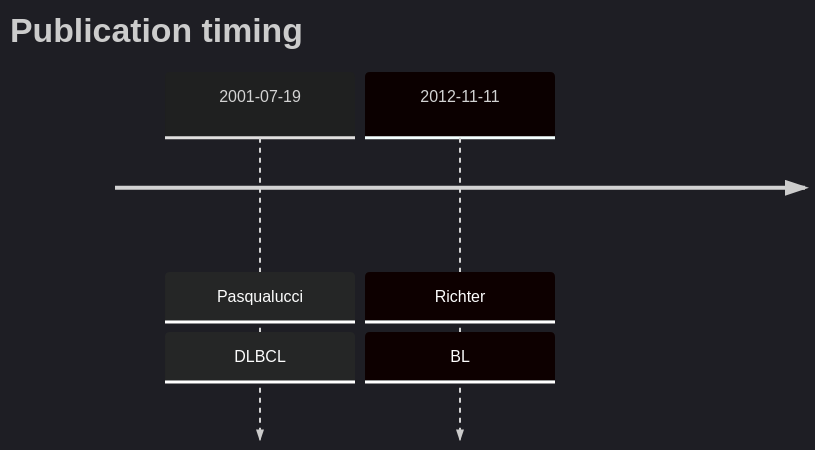
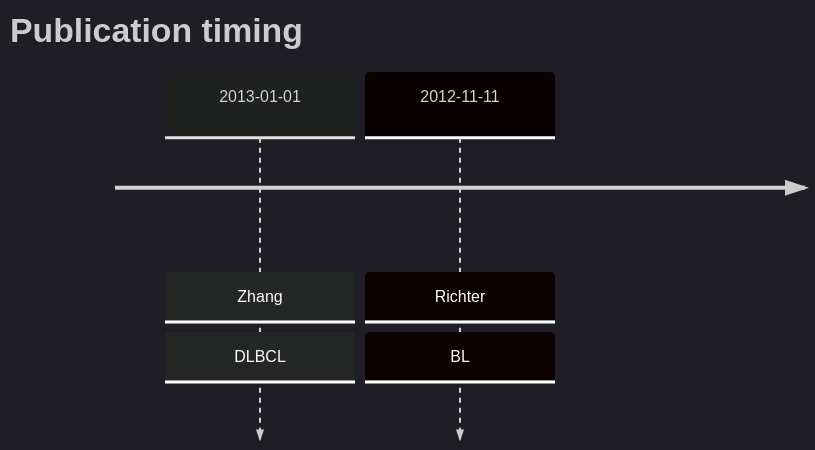
Before and after one commit to morinlab/lymphopedia: the diagram in RHOA.md, drawn with Mermaid. The commit also changed other lines of this file, not shown here.

````diff
--- a/RHOA.md
+++ b/RHOA.md
@@ -9,7 +9,7 @@
 ```mermaid
 %%{init: { 'logLevel': 'debug', 'theme': 'dark' } }%%
 timeline
     title Publication timing
-      2001-07-19 : Pasqualucci : DLBCL
+      2013-01-01 : Zhang : DLBCL
       2012-11-11 : Richter : BL
 ```
````
